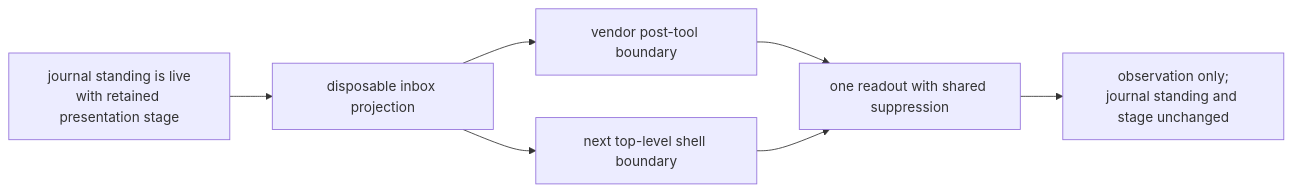
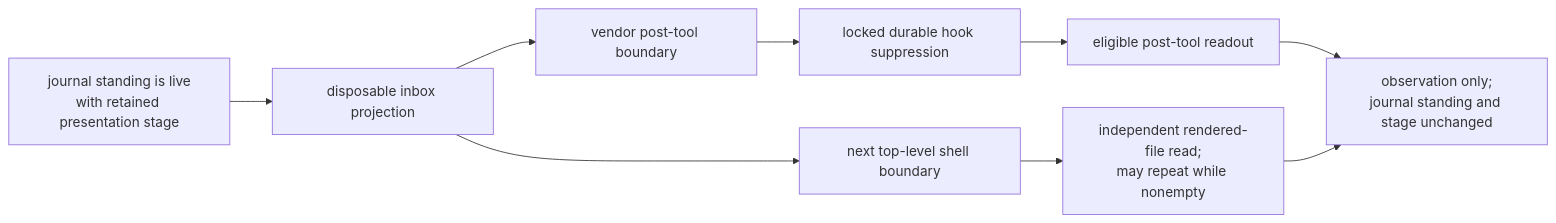
The eighth of 17 diagrams in docs/product/loops.md (infimalabs/spice-rust), drawn with Mermaid before and after one commit. The commit also changed other lines of this file and 120 other files, not shown here.

````diff
--- a/docs/product/loops.md
+++ b/docs/product/loops.md
@@ -187,9 +192,11 @@
 ```mermaid
 flowchart LR
   J["journal standing is live<br/>with retained presentation stage"] --> P["disposable inbox projection"]
   P --> V["vendor post-tool boundary"]
   P --> S["next top-level shell boundary"]
-  V --> O["one readout with shared suppression"]
-  S --> O
-  O --> U["observation only;<br/>journal standing and stage unchanged"]
+  V --> H["locked durable hook suppression"]
+  H --> VR["eligible post-tool readout"]
+  S --> SR["independent rendered-file read;<br/>may repeat while nonempty"]
+  VR --> U["observation only;<br/>journal standing and stage unchanged"]
+  SR --> U
 ```
````
